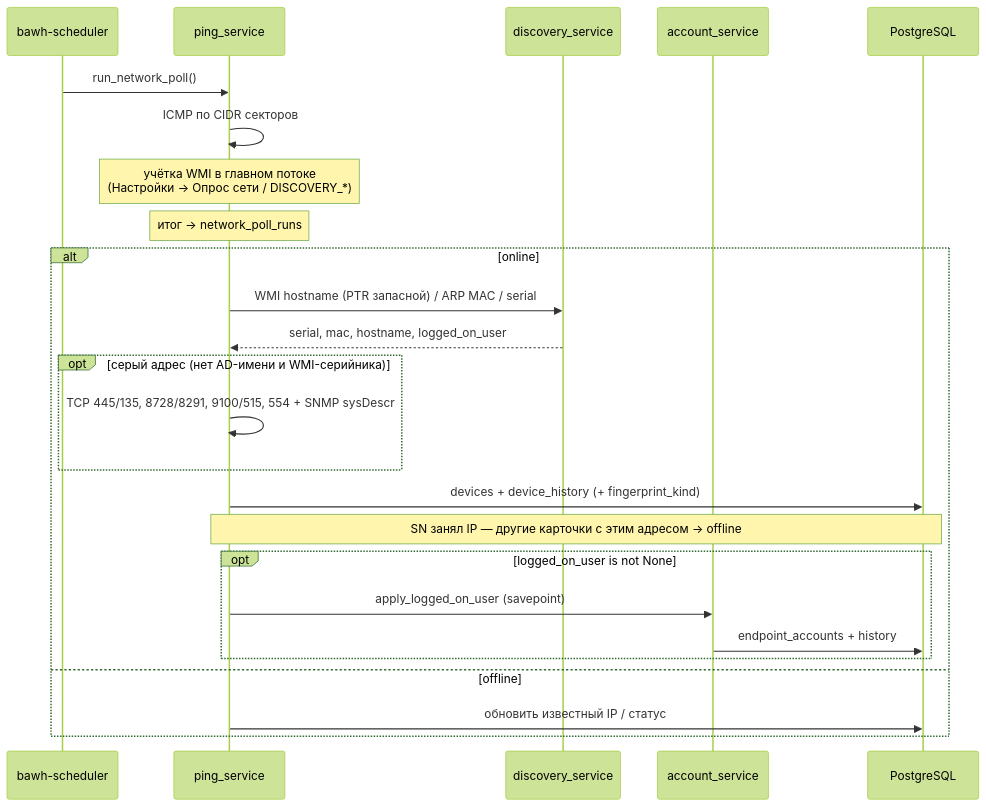
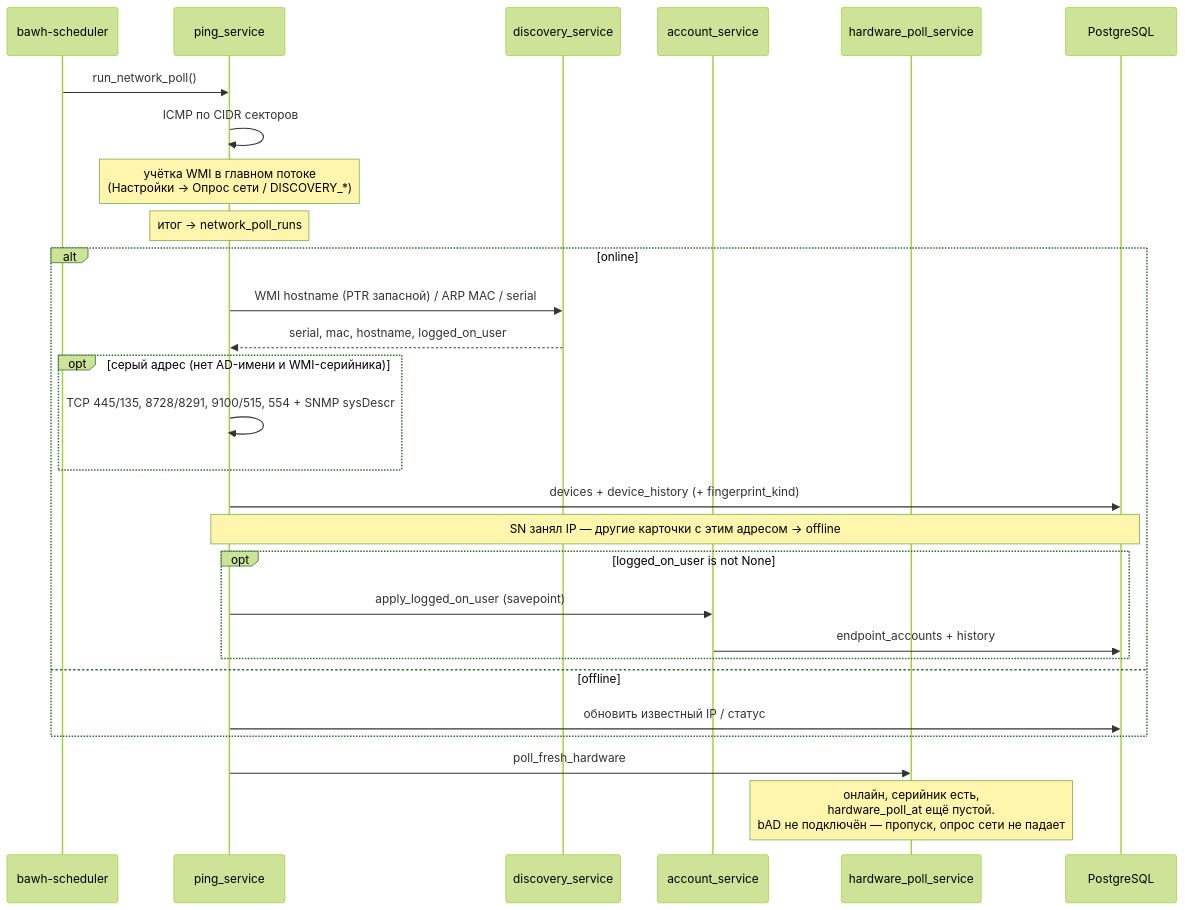
The third of 4 diagrams in docs/ARCHITECTURE.md (blazerity/admin-webhelper), drawn with Mermaid (forest theme) before and after one commit. The commit also changed other lines of this file, not shown here.

````diff
--- a/docs/ARCHITECTURE.md
+++ b/docs/ARCHITECTURE.md
@@ -608,28 +613,31 @@
 ```mermaid
 sequenceDiagram
   participant Sch as bawh-scheduler
   participant Ping as ping_service
   participant Disc as discovery_service
   participant Acc as account_service
+  participant HW as hardware_poll_service
   participant DB as PostgreSQL
 
   Sch->>Ping: run_network_poll()
   Ping->>Ping: ICMP по CIDR секторов
   Note over Ping: учётка WMI в главном потоке<br/>(Настройки → Опрос сети / DISCOVERY_*)
   Note over Ping: итог → network_poll_runs
   alt online
     Ping->>Disc: WMI hostname (PTR запасной) / ARP MAC / serial
     Disc-->>Ping: serial, mac, hostname, logged_on_user
     opt серый адрес (нет AD-имени и WMI-серийника)
       Ping->>Ping: TCP 445/135, 8728/8291, 9100/515, 554 + SNMP sysDescr
     end
     Ping->>DB: devices + device_history (+ fingerprint_kind)
     Note over Ping,DB: SN занял IP — другие карточки с этим адресом → offline
     opt logged_on_user is not None
       Ping->>Acc: apply_logged_on_user (savepoint)
       Acc->>DB: endpoint_accounts + history
     end
   else offline
     Ping->>DB: обновить известный IP / статус
   end
+  Ping->>HW: poll_fresh_hardware
+  Note over HW: онлайн, серийник есть,<br/>hardware_poll_at ещё пустой.<br/>bAD не подключён — пропуск, опрос сети не падает
 ```
````
